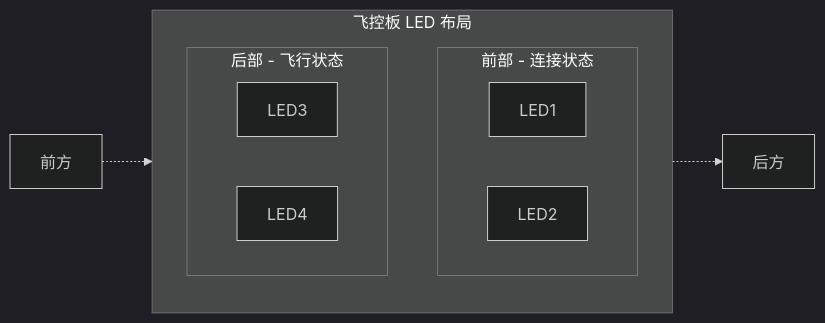
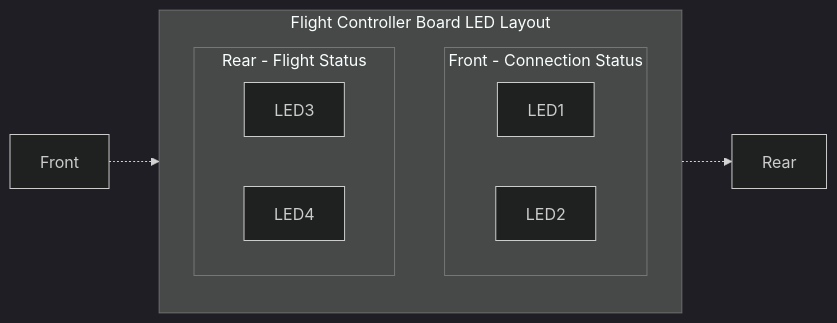
Before and after one commit to xiaomiao321/Drone: the fifth of 5 diagrams in README.md, drawn with Mermaid (dark theme). The commit also changed other lines of this file and 310 other files, not shown here.

````diff
--- a/README.md
+++ b/README.md
@@ -402,17 +419,17 @@
 ```mermaid
 flowchart LR
-    subgraph 飞控板 ["飞控板 LED 布局"]
+    subgraph FlightController ["Flight Controller Board LED Layout"]
         direction TB
-        subgraph 前部 ["前部 - 连接状态"]
+        subgraph Front ["Front - Connection Status"]
             LED1[LED1]
             LED2[LED2]
         end
-        subgraph 后部 ["后部 - 飞行状态"]
+        subgraph Rear ["Rear - Flight Status"]
             LED3[LED3]
             LED4[LED4]
         end
     end
-    
-    Front[前方] -.-> 前部
-    后部 -.-> Rear[后方]
+
+    FrontSide[Front] -.-> Front
+    Rear -.-> RearSide[Rear]
 ```
````
